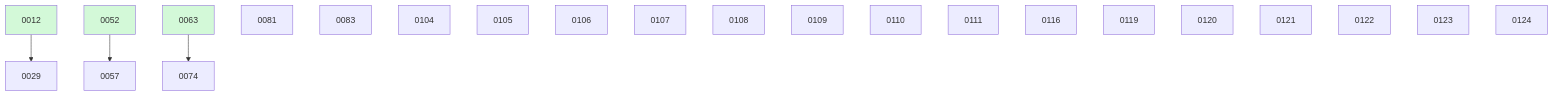
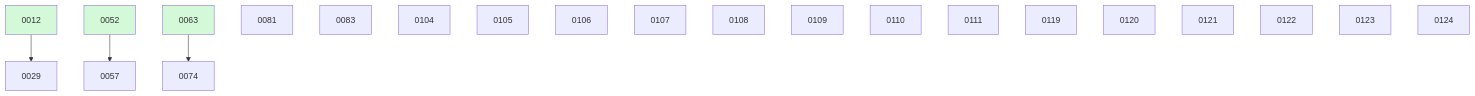
One commit to ethanhinson/fuse changed the diagram in docs/changes/BOARD.md. Above: the diagram before and after it, drawn with Mermaid. The commit also changed other lines of this file and 4 other files, not shown here.

````diff
--- a/docs/changes/BOARD.md
+++ b/docs/changes/BOARD.md
@@ -45,27 +39,26 @@
 ```mermaid
 graph TD
   0012 --> 0029
   0052 --> 0057
   0063 --> 0074
   0081
   0083
   0104
   0105
   0106
   0107
   0108
   0109
   0110
   0111
-  0116
   0119
   0120
   0121
   0122
   0123
   0124
   0012:::done
   0052:::done
   0063:::done
   classDef done fill:#d3f9d8;
 ```
````
